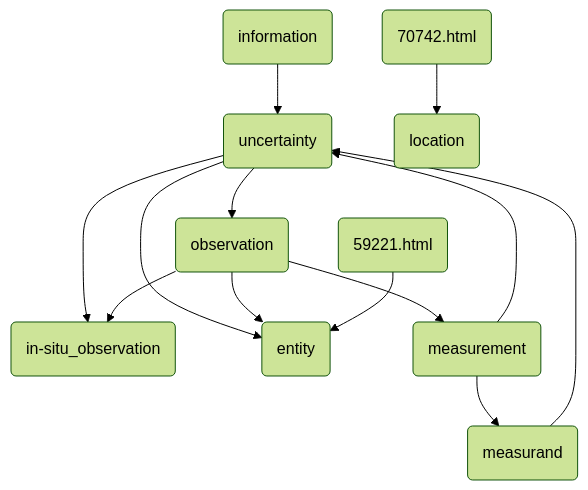
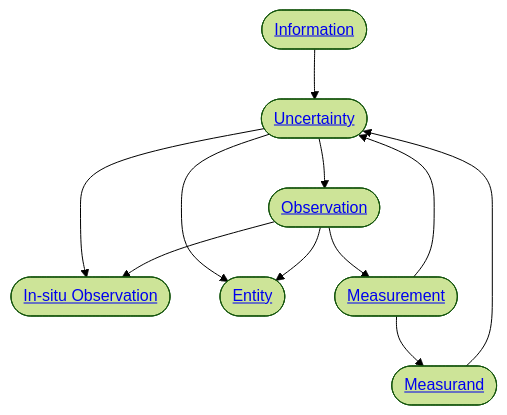
The diagram in docs/mermaid.md (do-me/kceo_glossary), drawn with Mermaid (forest theme) before and after one commit. The commit also changed 1 other file, not shown here.

Commit message:
clean mermaid diagram script

````diff
--- a/docs/mermaid.md
+++ b/docs/mermaid.md
@@ -1,15 +1,13 @@
 ```mermaid
 flowchart TD;
-    id_uncertainty(uncertainty) --> id_in-situ_observation(in-situ_observation);
-    id_uncertainty(uncertainty) --> id_entity(entity);
-    id_uncertainty(uncertainty) --> id_observation(observation);
-    id_observation(observation) --> id_in-situ_observation(in-situ_observation);
-    id_observation(observation) --> id_entity(entity);
-    id_observation(observation) --> id_measurement(measurement);
-    id_59221.html(59221.html) --> id_entity(entity);
-    id_70742.html(70742.html) --> id_location(location);
-    id_measurement(measurement) --> id_measurand(measurand);
-    id_measurement(measurement) --> id_uncertainty(uncertainty);
-    id_measurand(measurand) --> id_uncertainty(uncertainty);
-    id_information(information) --> id_uncertainty(uncertainty);
+    id_uncertainty(["<a href='../uncertainty'>Uncertainty</a>"]) --> id_observation(["<a href='../observation'>Observation</a>"]);
+    id_uncertainty(["<a href='../uncertainty'>Uncertainty</a>"]) --> id_in-situ_observation(["<a href='../in-situ_observation'>In-situ Observation</a>"]);
+    id_uncertainty(["<a href='../uncertainty'>Uncertainty</a>"]) --> id_entity(["<a href='../entity'>Entity</a>"]);
+    id_observation(["<a href='../observation'>Observation</a>"]) --> id_measurement(["<a href='../measurement'>Measurement</a>"]);
+    id_observation(["<a href='../observation'>Observation</a>"]) --> id_in-situ_observation(["<a href='../in-situ_observation'>In-situ Observation</a>"]);
+    id_observation(["<a href='../observation'>Observation</a>"]) --> id_entity(["<a href='../entity'>Entity</a>"]);
+    id_measurement(["<a href='../measurement'>Measurement</a>"]) --> id_measurand(["<a href='../measurand'>Measurand</a>"]);
+    id_measurement(["<a href='../measurement'>Measurement</a>"]) --> id_uncertainty(["<a href='../uncertainty'>Uncertainty</a>"]);
+    id_measurand(["<a href='../measurand'>Measurand</a>"]) --> id_uncertainty(["<a href='../uncertainty'>Uncertainty</a>"]);
+    id_information(["<a href='../information'>Information</a>"]) --> id_uncertainty(["<a href='../uncertainty'>Uncertainty</a>"]);
 ```
````
